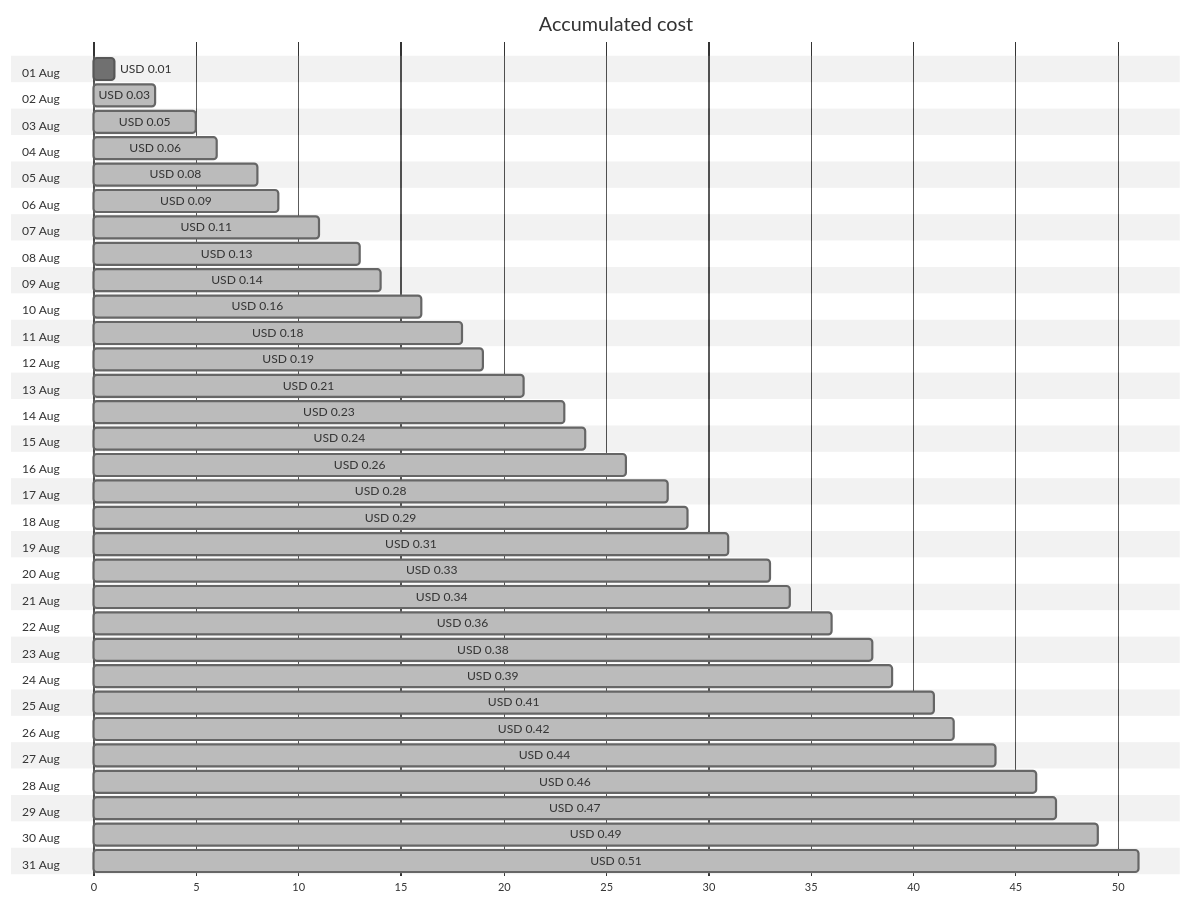
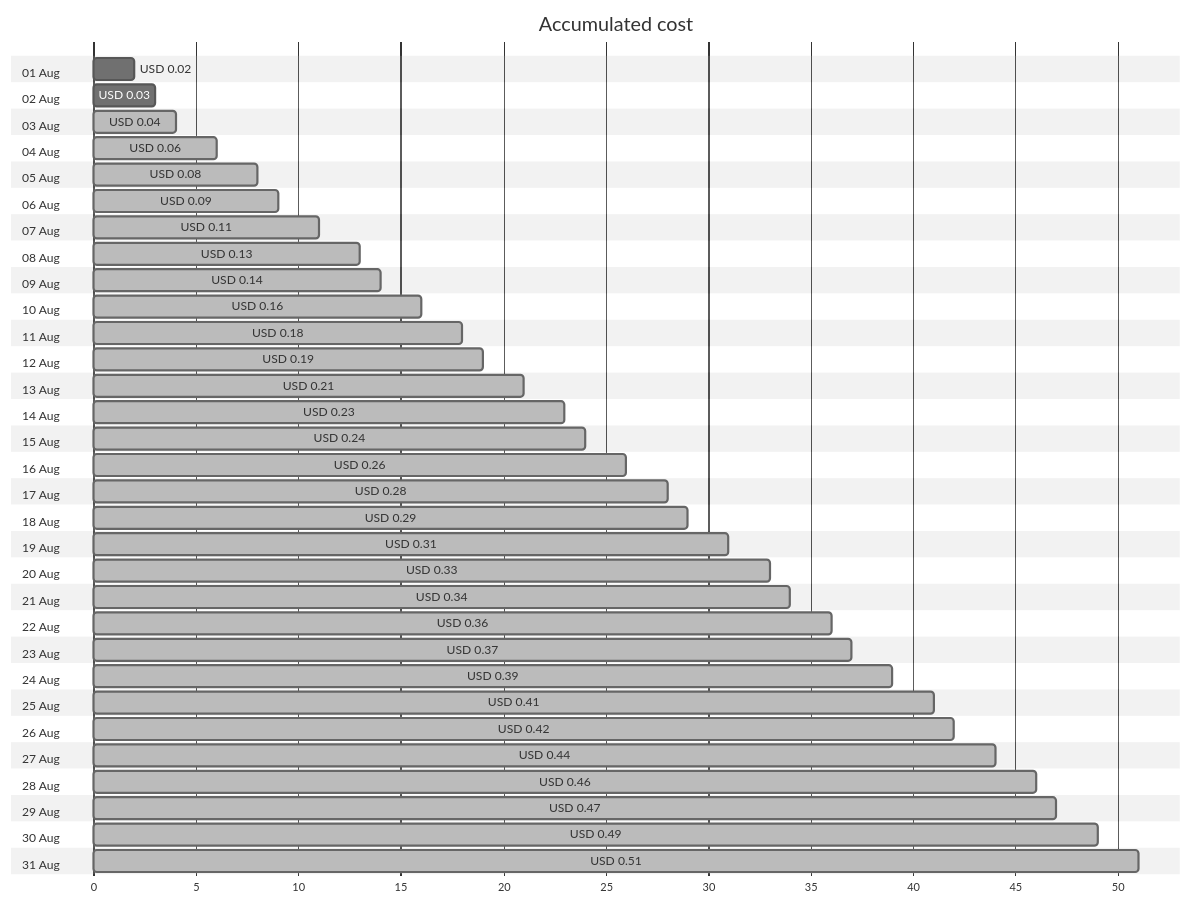
Before and after one commit to jpfulton/azure-personal-reports: the first of 4 diagrams in cost-reports/personal-dns/jpatrickfulton.dev.md, drawn with Mermaid (neutral theme). The commit also changed other lines of this file and 2 other files, not shown here.

````diff
--- a/cost-reports/personal-dns/jpatrickfulton.dev.md
+++ b/cost-reports/personal-dns/jpatrickfulton.dev.md
@@ -20,68 +20,68 @@
 ```mermaid
 gantt
    title Accumulated cost
    dateFormat  X
    axisFormat %s
    section 01 Aug
-   USD 0.01 :0, 1
+   USD 0.02 :0, 2
    section 02 Aug
-   USD 0.03 : done, 0, 3
+   USD 0.03 :0, 3
    section 03 Aug
-   USD 0.05 : done, 0, 5
+   USD 0.04 : done, 0, 4
    section 04 Aug
    USD 0.06 : done, 0, 6
    section 05 Aug
    USD 0.08 : done, 0, 8
    section 06 Aug
    USD 0.09 : done, 0, 9
    section 07 Aug
    USD 0.11 : done, 0, 11
    section 08 Aug
    USD 0.13 : done, 0, 13
    section 09 Aug
    USD 0.14 : done, 0, 14
    section 10 Aug
    USD 0.16 : done, 0, 16
    section 11 Aug
    USD 0.18 : done, 0, 18
    section 12 Aug
    USD 0.19 : done, 0, 19
    section 13 Aug
    USD 0.21 : done, 0, 21
    section 14 Aug
    USD 0.23 : done, 0, 23
    section 15 Aug
    USD 0.24 : done, 0, 24
    section 16 Aug
    USD 0.26 : done, 0, 26
    section 17 Aug
    USD 0.28 : done, 0, 28
    section 18 Aug
    USD 0.29 : done, 0, 29
    section 19 Aug
    USD 0.31 : done, 0, 31
    section 20 Aug
    USD 0.33 : done, 0, 33
    section 21 Aug
    USD 0.34 : done, 0, 34
    section 22 Aug
    USD 0.36 : done, 0, 36
    section 23 Aug
-   USD 0.38 : done, 0, 38
+   USD 0.37 : done, 0, 37
    section 24 Aug
    USD 0.39 : done, 0, 39
    section 25 Aug
    USD 0.41 : done, 0, 41
    section 26 Aug
    USD 0.42 : done, 0, 42
    section 27 Aug
    USD 0.44 : done, 0, 44
    section 28 Aug
    USD 0.46 : done, 0, 46
    section 29 Aug
    USD 0.47 : done, 0, 47
    section 30 Aug
    USD 0.49 : done, 0, 49
    section 31 Aug
    USD 0.51 : done, 0, 51
 ```
````
